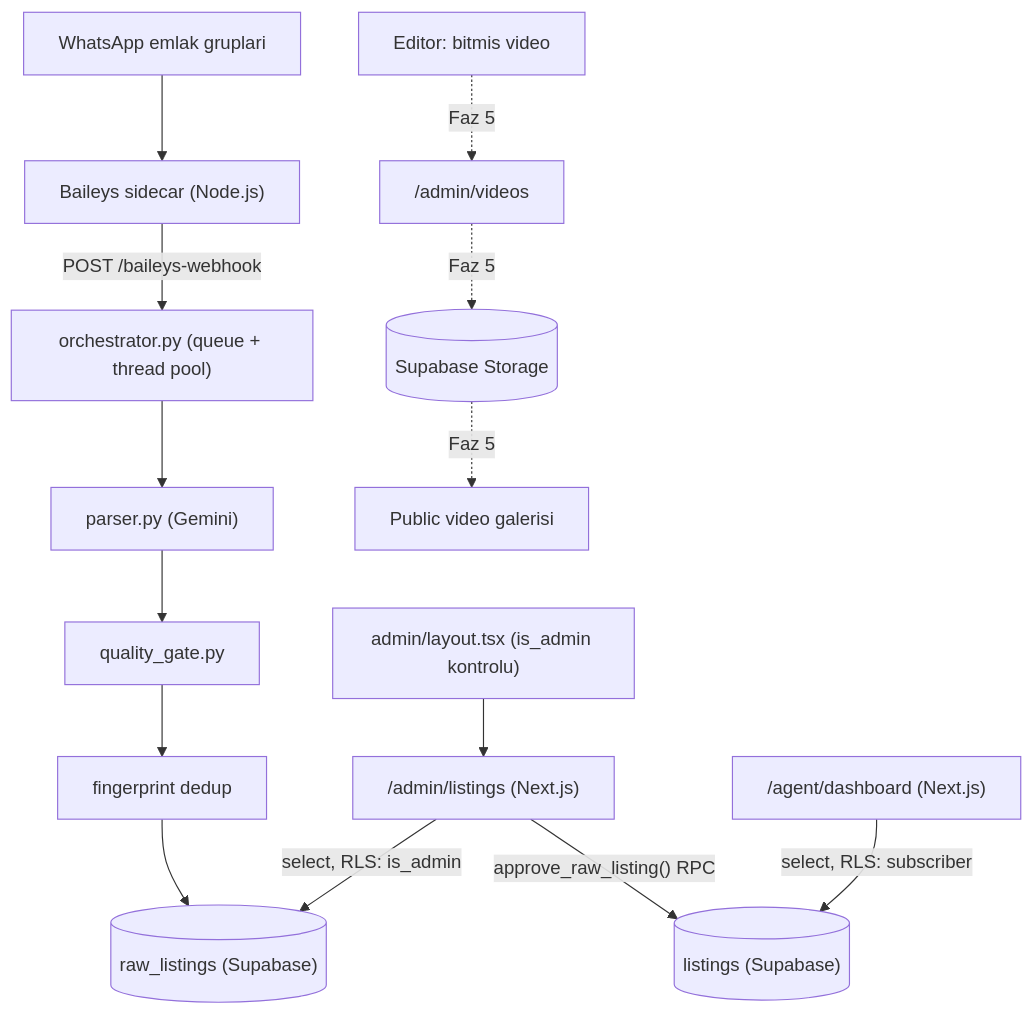
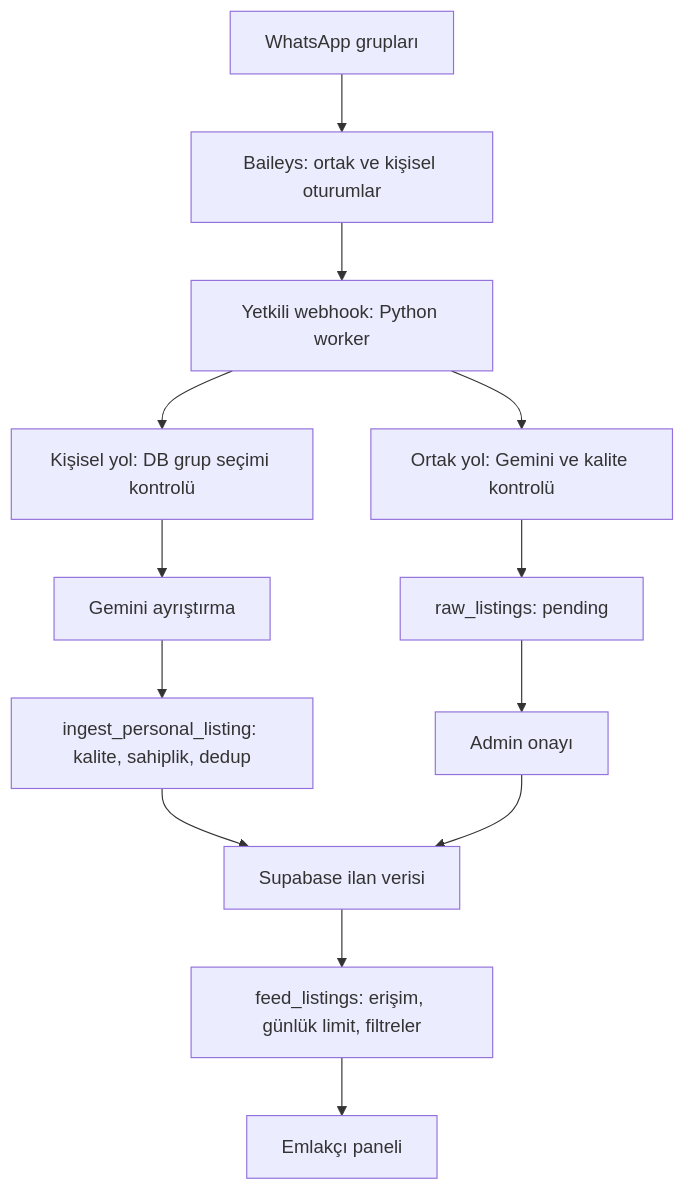
One commit to yutronax/emlak-platform changed the diagram in docs/ARCHITECTURE.md. Above: the diagram before and after it, drawn with Mermaid. The commit also changed other lines of this file and 23 other files, not shown here.

````diff
--- a/docs/ARCHITECTURE.md
+++ b/docs/ARCHITECTURE.md
@@ -5,19 +7,15 @@
 ```mermaid
 flowchart TD
-    WA["WhatsApp emlak gruplari"] --> SC["Baileys sidecar (Node.js)"]
-    SC -- "POST /baileys-webhook" --> ORCH["orchestrator.py (queue + thread pool)"]
-    ORCH --> PARSE["parser.py (Gemini)"]
-    PARSE --> QG["quality_gate.py"]
-    QG --> FP["fingerprint dedup"]
-    FP --> RAW[("raw_listings (Supabase)")]
-
-    ADMINLAYOUT["admin/layout.tsx (is_admin kontrolu)"] --> ADMIN["/admin/listings (Next.js)"]
-    ADMIN -- "select, RLS: is_admin" --> RAW
-    ADMIN -- "approve_raw_listing() RPC" --> LIST[("listings (Supabase)")]
-
-    AGENT["/agent/dashboard (Next.js)"] -- "select, RLS: subscriber" --> LIST
-
-    EDITOR["Editor: bitmis video"] -.Faz 5.-> ADMINV["/admin/videos"]
-    ADMINV -.Faz 5.-> STORAGE[("Supabase Storage")]
-    STORAGE -.Faz 5.-> PUBLIC["Public video galerisi"]
+    WA["WhatsApp grupları"] --> SC["Baileys: ortak ve kişisel oturumlar"]
+    SC --> PY["Yetkili webhook: Python worker"]
+    PY --> SEL["Kişisel yol: DB grup seçimi kontrolü"]
+    SEL --> AI["Gemini ayrıştırma"]
+    AI --> RPC["ingest_personal_listing: kalite, sahiplik, dedup"]
+    PY --> COMMON["Ortak yol: Gemini ve kalite kontrolü"]
+    COMMON --> RAW["raw_listings: pending"]
+    RAW --> ADMIN["Admin onayı"]
+    RPC --> DB["Supabase ilan verisi"]
+    ADMIN --> DB
+    DB --> FEED["feed_listings: erişim, günlük limit, filtreler"]
+    FEED --> PANEL["Emlakçı paneli"]
 ```
````
